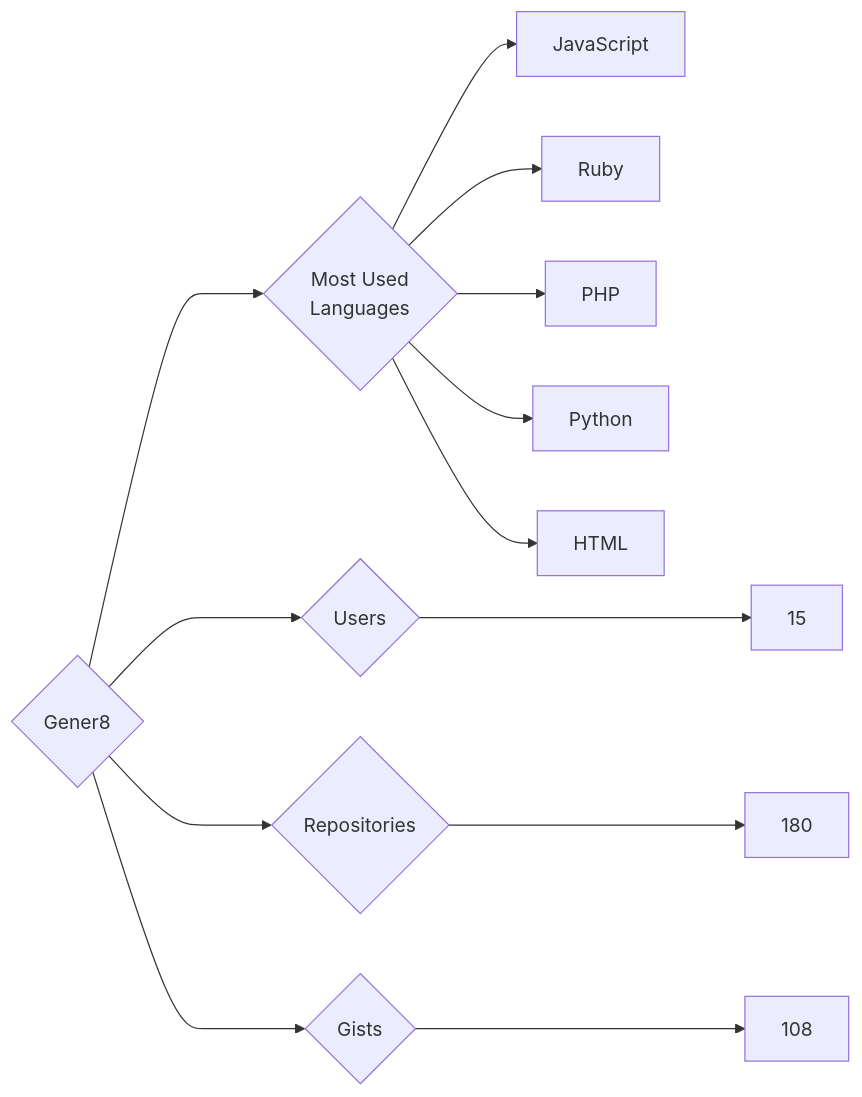
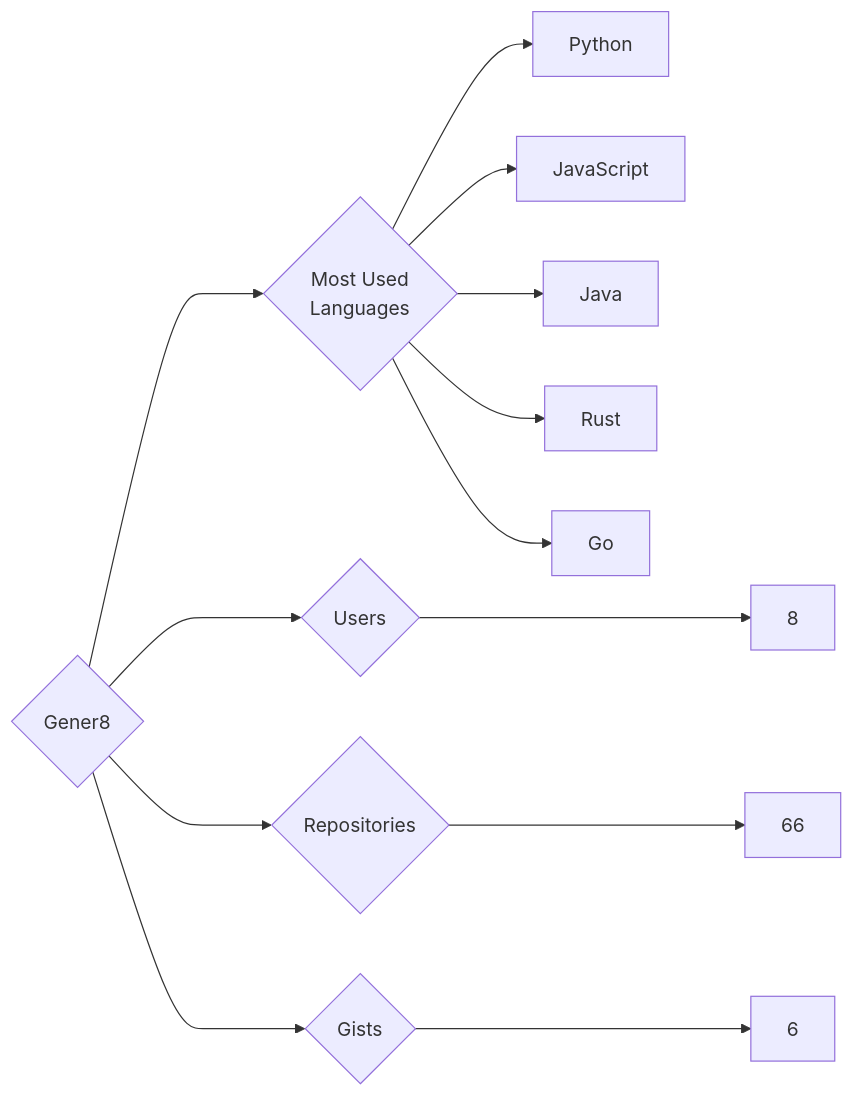
Before and after one commit to trickest/insiders: the diagram in targets/Gener8/README.md, drawn with Mermaid. The commit also changed 872 other files, not shown here.

````diff
--- a/targets/Gener8/README.md
+++ b/targets/Gener8/README.md
@@ -3,13 +3,13 @@
 ```mermaid
 graph LR
 COMPANY_NAME{Gener8}
-COMPANY_NAME ---> U{Users} ---> UN[15]
-COMPANY_NAME ---> R{Repositories} ---> RN[180]
-COMPANY_NAME ---> G{Gists} ---> GN[108]
+COMPANY_NAME ---> U{Users} ---> UN[8]
+COMPANY_NAME ---> R{Repositories} ---> RN[66]
+COMPANY_NAME ---> G{Gists} ---> GN[6]
 COMPANY_NAME ---> ML{Most Used<br>Languages}
+ML --> Python[Python]
 ML --> JavaScript[JavaScript]
-ML --> Ruby[Ruby]
-ML --> PHP[PHP]
-ML --> Python[Python]
-ML --> HTML[HTML]
+ML --> Java[Java]
+ML --> Rust[Rust]
+ML --> Go[Go]
 ```
````
